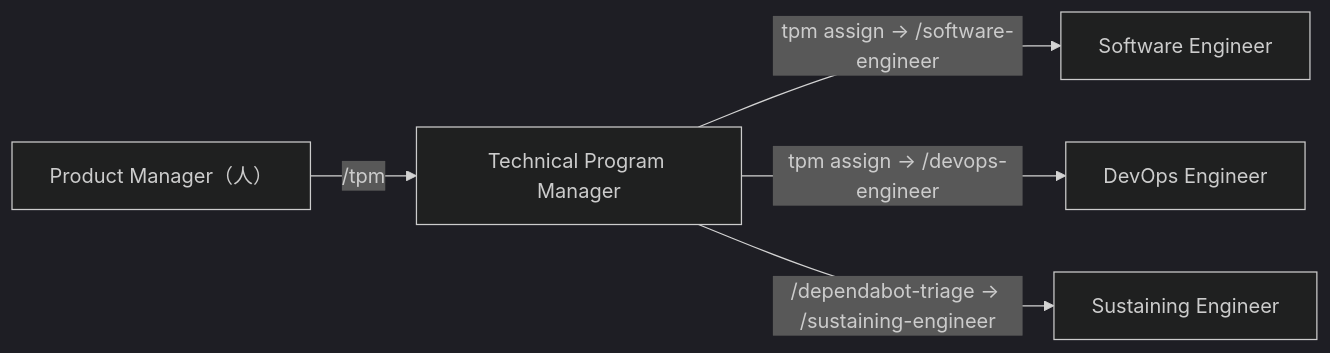
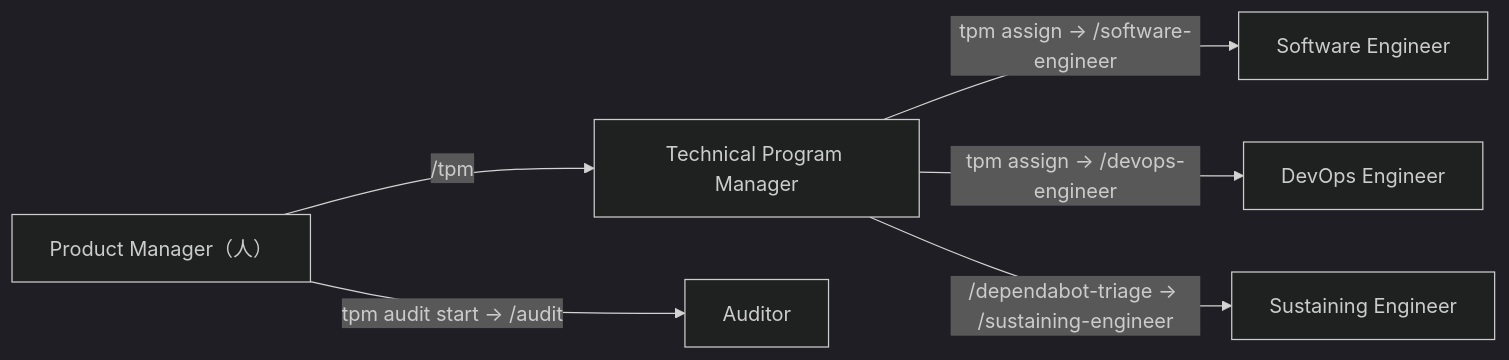
The diagram in docs-site/src/content/docs/index.md (uraitakahito/roster), drawn with Mermaid (dark theme) before and after one commit. The commit also changed other lines of this file and 14 other files, not shown here.

First line of the commit message:
feat: /audit と監査の規程を入れ、出来事の扱いを Auditor に移す（t-8cv5） (#145)

````diff
--- a/docs-site/src/content/docs/index.md
+++ b/docs-site/src/content/docs/index.md
@@ -12,7 +12,8 @@
 ```mermaid
 flowchart LR
   PM["Product Manager（人）"] -->|"/tpm"| TPM["Technical Program Manager"]
   TPM -->|"tpm assign → /software-engineer"| SE["Software Engineer"]
   TPM -->|"tpm assign → /devops-engineer"| DE["DevOps Engineer"]
   TPM -->|"/dependabot-triage → /sustaining-engineer"| SU["Sustaining Engineer"]
+  PM -->|"tpm audit start → /audit"| AU["Auditor"]
 ```
````
